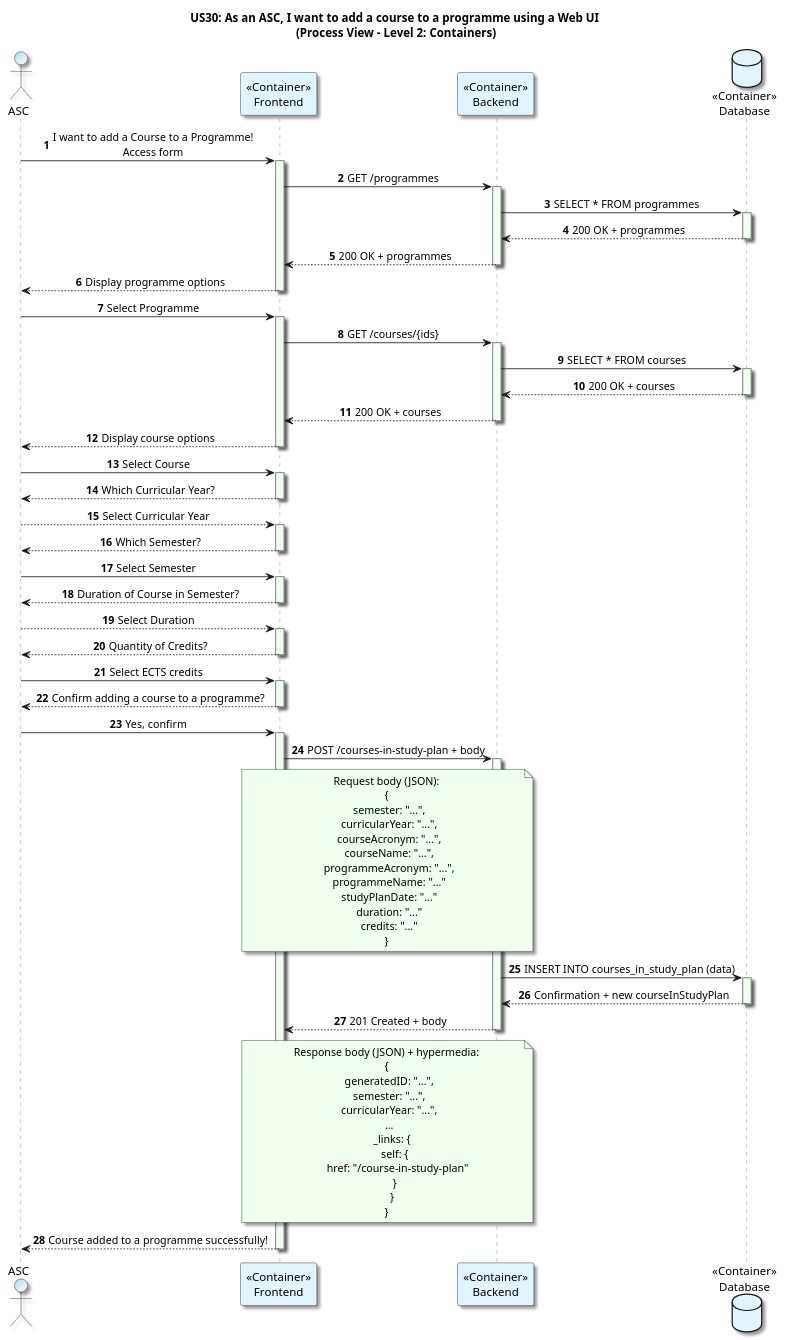
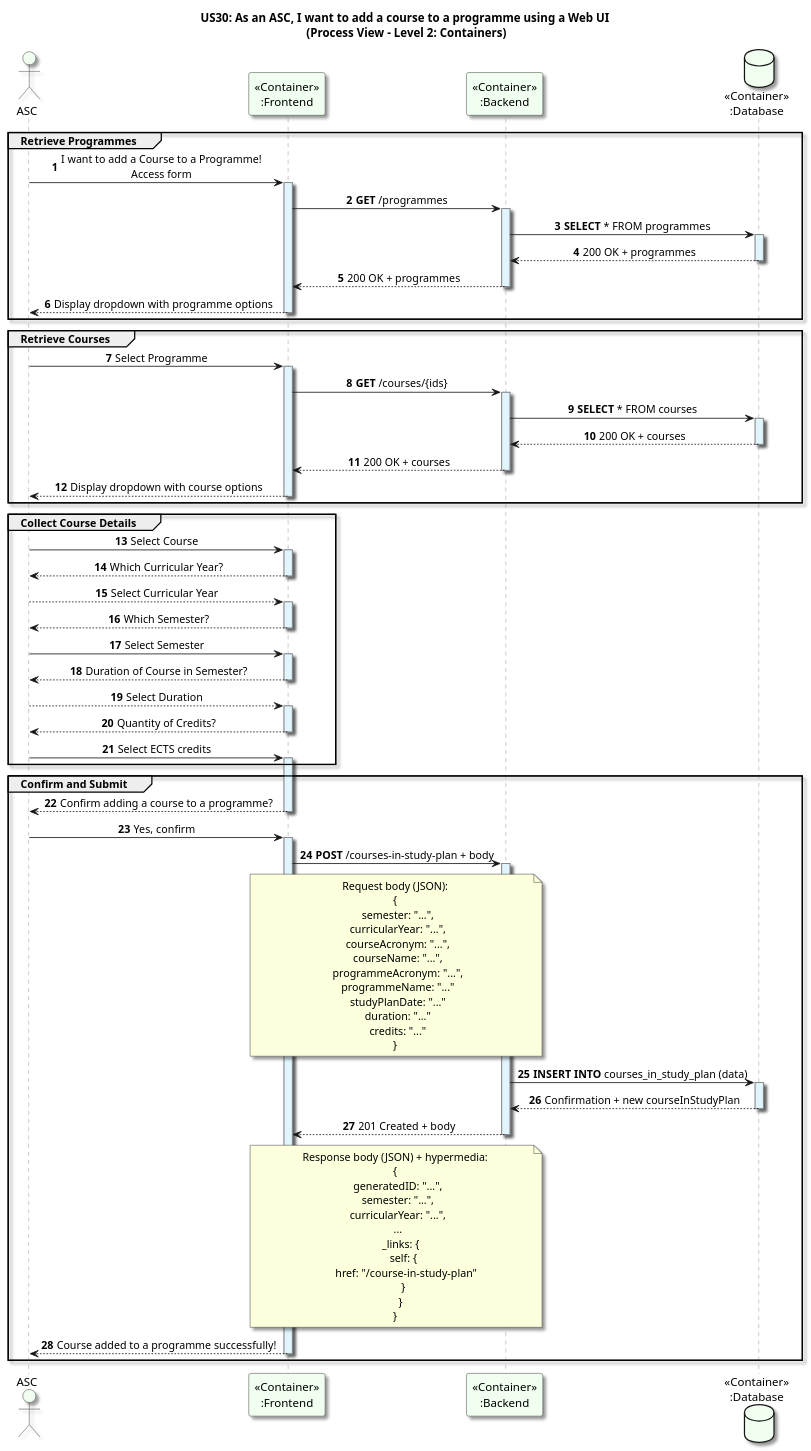
One commit to GasparISEP/DevOps-PAI changed the diagram in docs/US30/Sprint_7/ProcessView/AddCourseToAProgramme_ProcessView_Level2.puml. Above: the diagram before and after it, drawn with PlantUML. The commit also changed 1 other file, not shown here.

Commit message:
docs(addCourseToProgramme): enhance Level 1 process diagram with colors and formatting for better readability (refs #701, #705)

```diff
--- a/docs/US30/Sprint_7/ProcessView/AddCourseToAProgramme_ProcessView_Level2.puml
+++ b/docs/US30/Sprint_7/ProcessView/AddCourseToAProgramme_ProcessView_Level2.puml
@@ -1,115 +1,122 @@
 @startuml
 title US30: As an ASC, I want to add a course to a programme using a Web UI\n (Process View - Level 2: Containers)
 autonumber
 
 skinparam {
   ActivityPadding 2
   ActivityMargin 2
   BoxPadding 2
 }
 skinparam sequence {
     LifeLineBorderColor Grey
-    LifeLineBackgroundColor HoneyDew
+    LifeLineBackgroundColor #E1F5FE
 }
 skinparam defaultTextAlignment center
 skinparam shadowing true
 
-actor ASC  #LightBlue/White
-participant "<<Container>>\nFrontend" as Frontend #E1F5FE
-participant "<<Container>>\nBackend" as Backend #E1F5FE
-database "<<Container>>\nDatabase" as Database #E1F5FE
+actor ASC  #honeydew
+participant "<<Container>>\n:Frontend" as Frontend #honeydew
+participant "<<Container>>\n:Backend" as Backend #honeydew
+database "<<Container>>\n:Database" as Database #honeydew
 
+group Retrieve Programmes
 ASC -> Frontend: I want to add a Course to a Programme!\nAccess form
 activate Frontend
 
-Frontend -> Backend: GET /programmes
+Frontend -> Backend: **GET** /programmes
 activate Backend
-Backend -> Database: SELECT * FROM programmes
+Backend -> Database: **SELECT** * FROM programmes
 activate Database
 Database --> Backend: 200 OK + programmes
 deactivate Database
 Backend --> Frontend: 200 OK + programmes
 deactivate Backend
-Frontend --> ASC: Display programme options
+Frontend --> ASC: Display dropdown with programme options
 deactivate Frontend
+end
 
+group Retrieve Courses
 ASC -> Frontend: Select Programme
 activate Frontend
-Frontend -> Backend: GET /courses/{ids}
+Frontend -> Backend: **GET** /courses/{ids}
 activate Backend
-Backend -> Database: SELECT * FROM courses
+Backend -> Database: **SELECT** * FROM courses
 activate Database
 Database --> Backend: 200 OK + courses
 deactivate Database
 Backend --> Frontend: 200 OK + courses
 deactivate Backend
-Frontend --> ASC: Display course options
+Frontend --> ASC: Display dropdown with course options
 deactivate Frontend
+end
 
+group Collect Course Details
 ASC -> Frontend: Select Course
 activate Frontend
 Frontend --> ASC: Which Curricular Year?
 deactivate Frontend
 
 ASC --> Frontend: Select Curricular Year
 activate Frontend
 Frontend --> ASC: Which Semester?
 deactivate Frontend
 
 ASC -> Frontend: Select Semester
 activate Frontend
 Frontend --> ASC: Duration of Course in Semester?
 deactivate Frontend
 
 ASC --> Frontend: Select Duration
 activate Frontend
 Frontend --> ASC: Quantity of Credits?
 deactivate Frontend
 
 ASC -> Frontend: Select ECTS credits
 activate Frontend
+end
+
+group Confirm and Submit
 Frontend --> ASC: Confirm adding a course to a programme?
 deactivate Frontend
-
-
 ASC -> Frontend: Yes, confirm
 activate Frontend
-Frontend -> Backend: POST /courses-in-study-plan + body
-note over Frontend, Backend #HoneyDew
+Frontend -> Backend: **POST** /courses-in-study-plan + body
+note over Frontend, Backend
 Request body (JSON):
 {
   semester: "...",
   curricularYear: "...",
   courseAcronym: "...",
   courseName: "...",
   programmeAcronym: "...",
   programmeName: "..."
   studyPlanDate: "..."
   duration: "..."
   credits: "..."
 }
 end note
 activate Backend
-Backend -> Database: INSERT INTO courses_in_study_plan (data)
+Backend -> Database: **INSERT INTO** courses_in_study_plan (data)
 activate Database
 Database --> Backend: Confirmation + new courseInStudyPlan
 deactivate Database
 Backend --> Frontend: 201 Created + body
-note over Backend, Frontend #HoneyDew
+note over Backend, Frontend
 Response body (JSON) + hypermedia:
 {
   generatedID: "...",
   semester: "...",
   curricularYear: "...",
   ...
     _links: {
       self: {
         href: "/course-in-study-plan"
       }
     }
 }
 end note
 deactivate Backend
 Frontend --> ASC: Course added to a programme successfully!
 deactivate Frontend
+end
 @enduml
```
